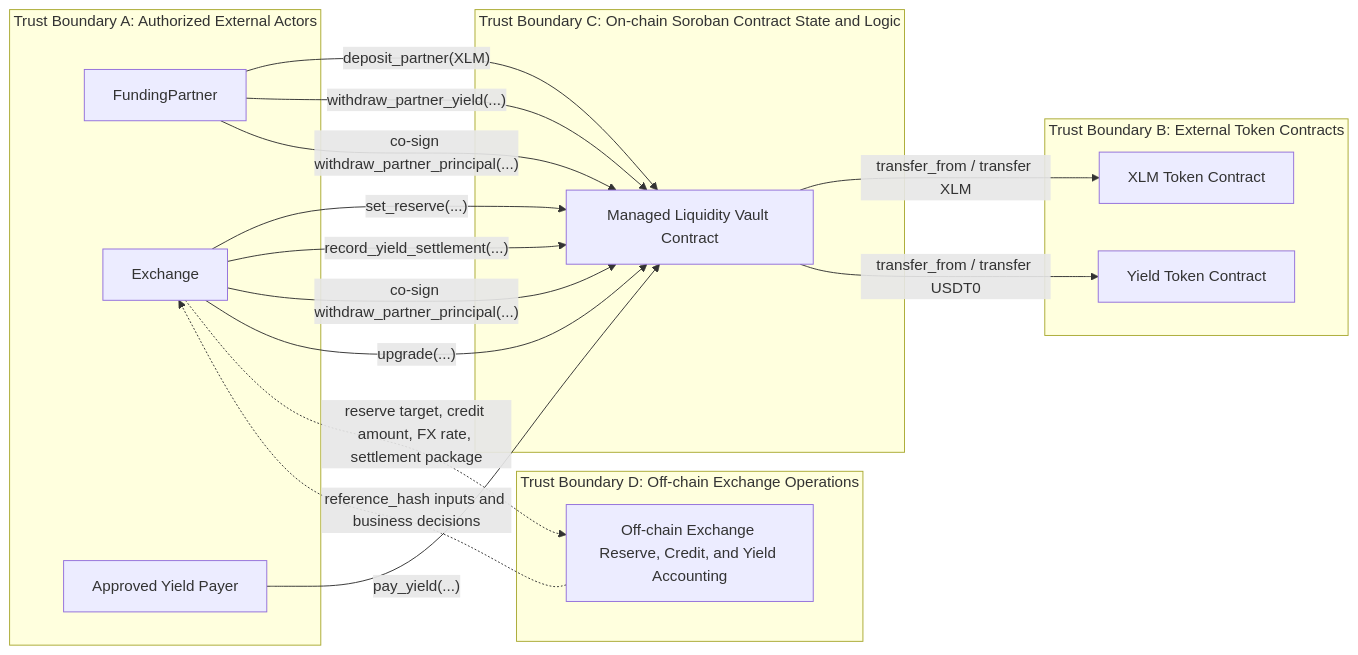
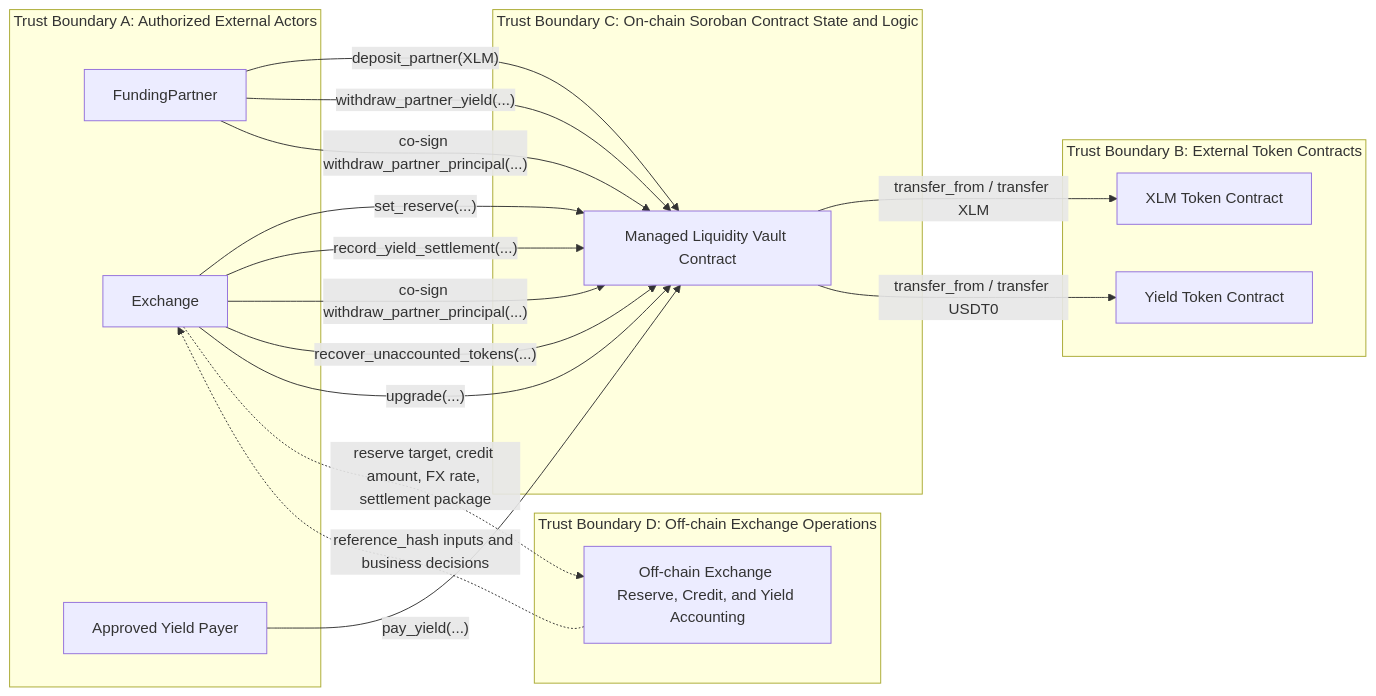
One commit to rails-xyz/soroban-rollup-contract changed the diagram in contracts/managed_liquidity_vault/src/stride-threat-model.md. Above: the diagram before and after it, drawn with Mermaid. The commit also changed other lines of this file and 1 other file, not shown here.

````diff
--- a/contracts/managed_liquidity_vault/src/stride-threat-model.md
+++ b/contracts/managed_liquidity_vault/src/stride-threat-model.md
@@ -38,42 +39,43 @@
 ```mermaid
 flowchart LR
     FP["FundingPartner"]
     EX["Exchange"]
     XP["XLM Token Contract"]
     YP["Yield Token Contract"]
     VAULT["Managed Liquidity Vault Contract"]
     OPS["Off-chain Exchange Reserve, Credit, and Yield Accounting"]
     PAYER["Approved Yield Payer"]
 
     subgraph TB1["Trust Boundary A: Authorized External Actors"]
         FP
         EX
         PAYER
     end
 
     subgraph TB2["Trust Boundary B: External Token Contracts"]
         XP
         YP
     end
 
     subgraph TB3["Trust Boundary C: On-chain Soroban Contract State and Logic"]
         VAULT
     end
 
     subgraph TB4["Trust Boundary D: Off-chain Exchange Operations"]
         OPS
     end
 
     FP -->|"deposit_partner(XLM)"| VAULT
     VAULT -->|"transfer_from / transfer XLM"| XP
     EX -->|"set_reserve(...)"| VAULT
     EX -->|"record_yield_settlement(...)"| VAULT
     PAYER -->|"pay_yield(...)"| VAULT
     VAULT -->|"transfer_from / transfer USDT0"| YP
     FP -->|"withdraw_partner_yield(...)"| VAULT
     FP -->|"co-sign withdraw_partner_principal(...)"| VAULT
     EX -->|"co-sign withdraw_partner_principal(...)"| VAULT
+    EX -->|"recover_unaccounted_tokens(...)"| VAULT
     EX -->|"upgrade(...)"| VAULT
     EX -.->|"reserve target, credit amount, FX rate, settlement package"| OPS
     OPS -.->|"reference_hash inputs and business decisions"| EX
 ```
````
